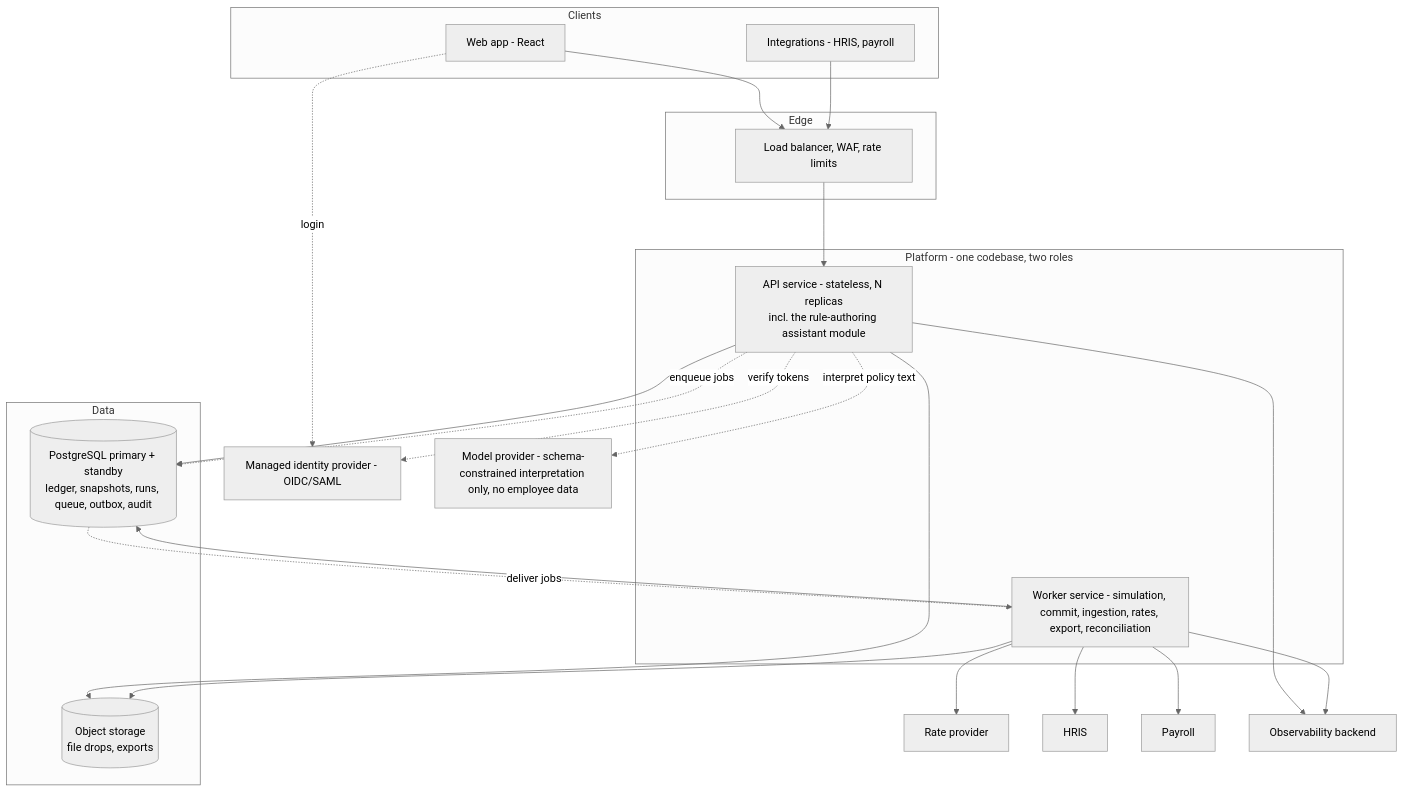
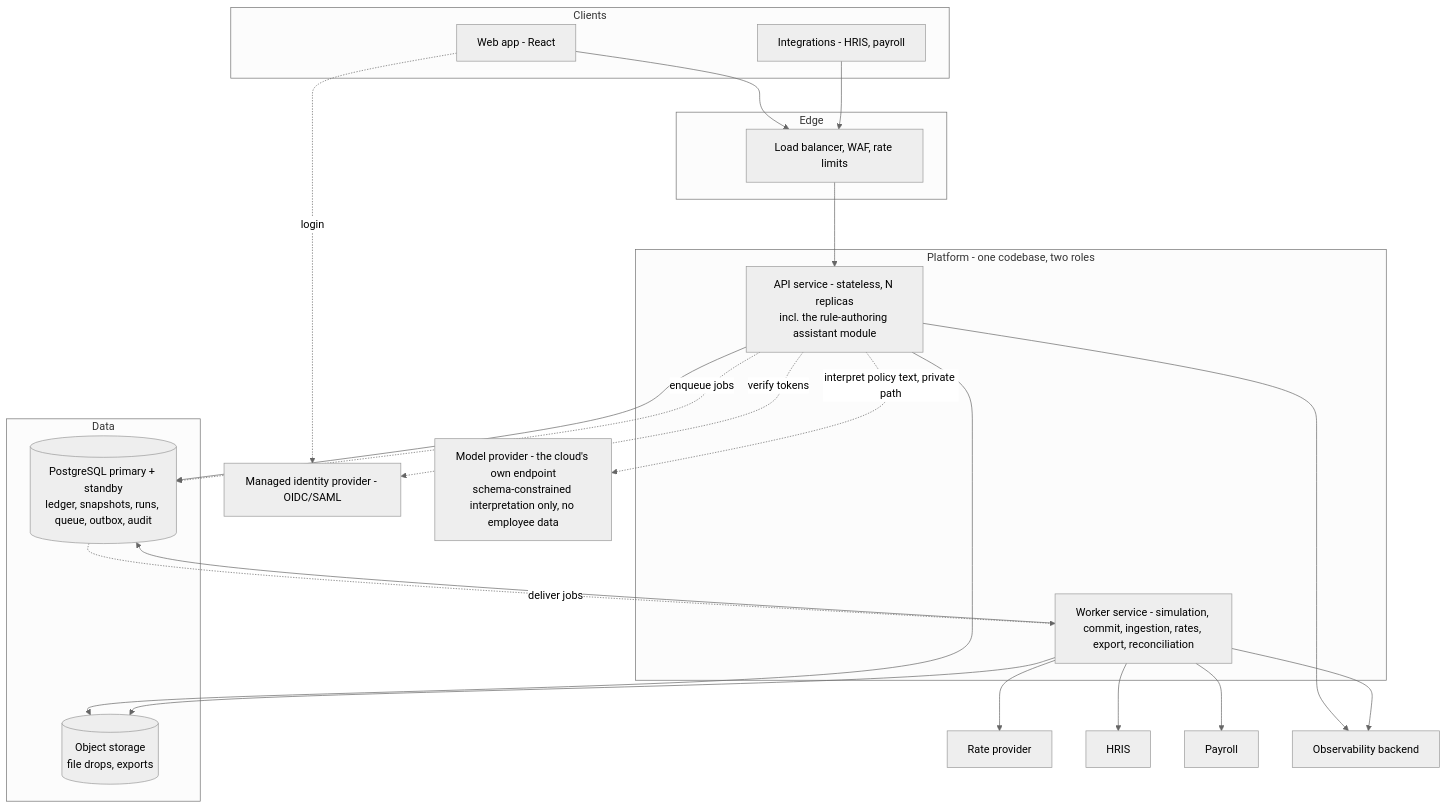
One commit to harssh2003/budget-allocation changed the diagram in design/README.md. Above: the diagram before and after it, drawn with Mermaid (neutral theme). The commit also changed other lines of this file and 3 other files, not shown here.

````diff
--- a/design/README.md
+++ b/design/README.md
@@ -41,40 +44,40 @@
 ```mermaid
 flowchart TB
   subgraph clients ["Clients"]
     UI["Web app - React"]
     INT["Integrations - HRIS, payroll"]
   end
   subgraph edge ["Edge"]
     LB["Load balancer, WAF, rate limits"]
   end
   subgraph platform ["Platform - one codebase, two roles"]
     API["API service - stateless, N replicas<br/>incl. the rule-authoring assistant module"]
     WK["Worker service - simulation, commit, ingestion, rates, export, reconciliation"]
   end
   subgraph data ["Data"]
     PG[("PostgreSQL primary + standby<br/>ledger, snapshots, runs, queue, outbox, audit")]
     OS[("Object storage<br/>file drops, exports")]
   end
   IDP["Managed identity provider - OIDC/SAML"]
-  LLM["Model provider - schema-constrained interpretation only, no employee data"]
+  LLM["Model provider - the cloud's own endpoint<br/>schema-constrained interpretation only, no employee data"]
   RP["Rate provider"]
   HR["HRIS"]
   PAY["Payroll"]
   OBS["Observability backend"]
   UI --> LB --> API
   INT --> LB
   API --> PG
   API --> OS
   API -. enqueue jobs .-> PG
   PG -. deliver jobs .-> WK
   WK --> PG
   WK --> OS
   WK --> RP
   WK --> HR
   WK --> PAY
-  API -. interpret policy text .-> LLM
+  API -. interpret policy text, private path .-> LLM
   UI -. login .-> IDP
   API -. verify tokens .-> IDP
   API --> OBS
   WK --> OBS
 ```
````
